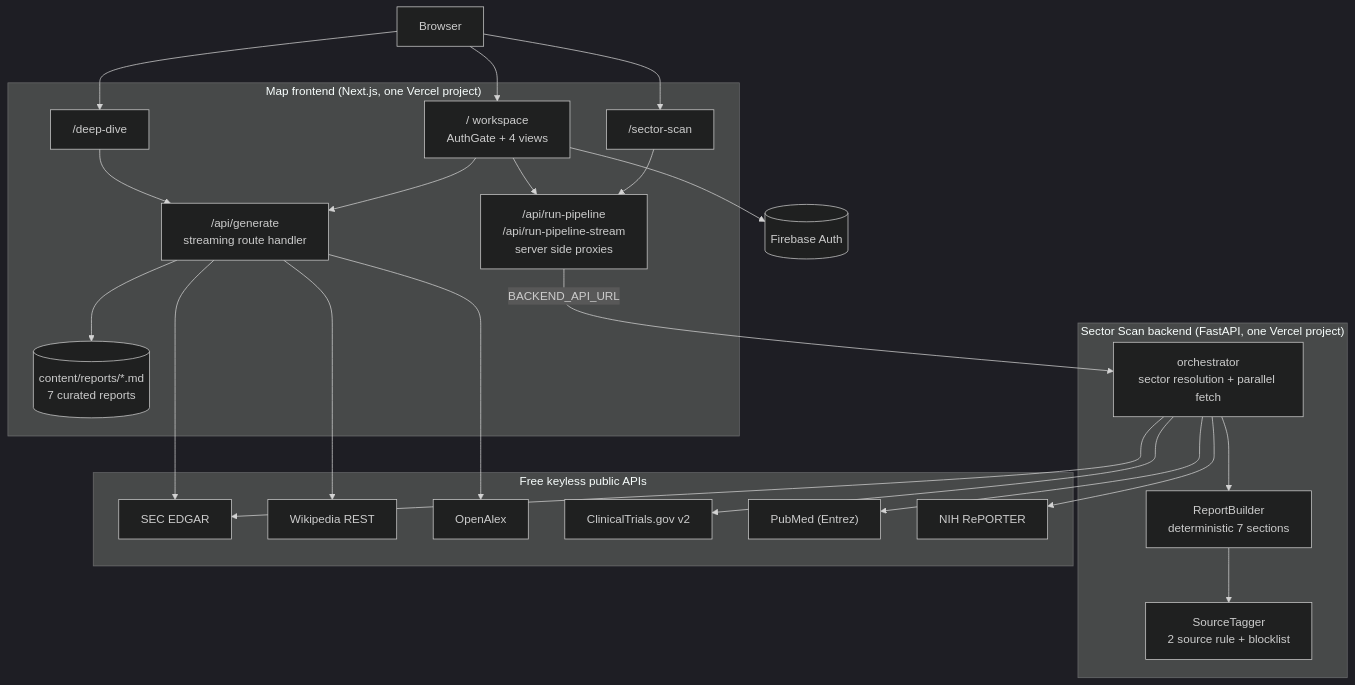
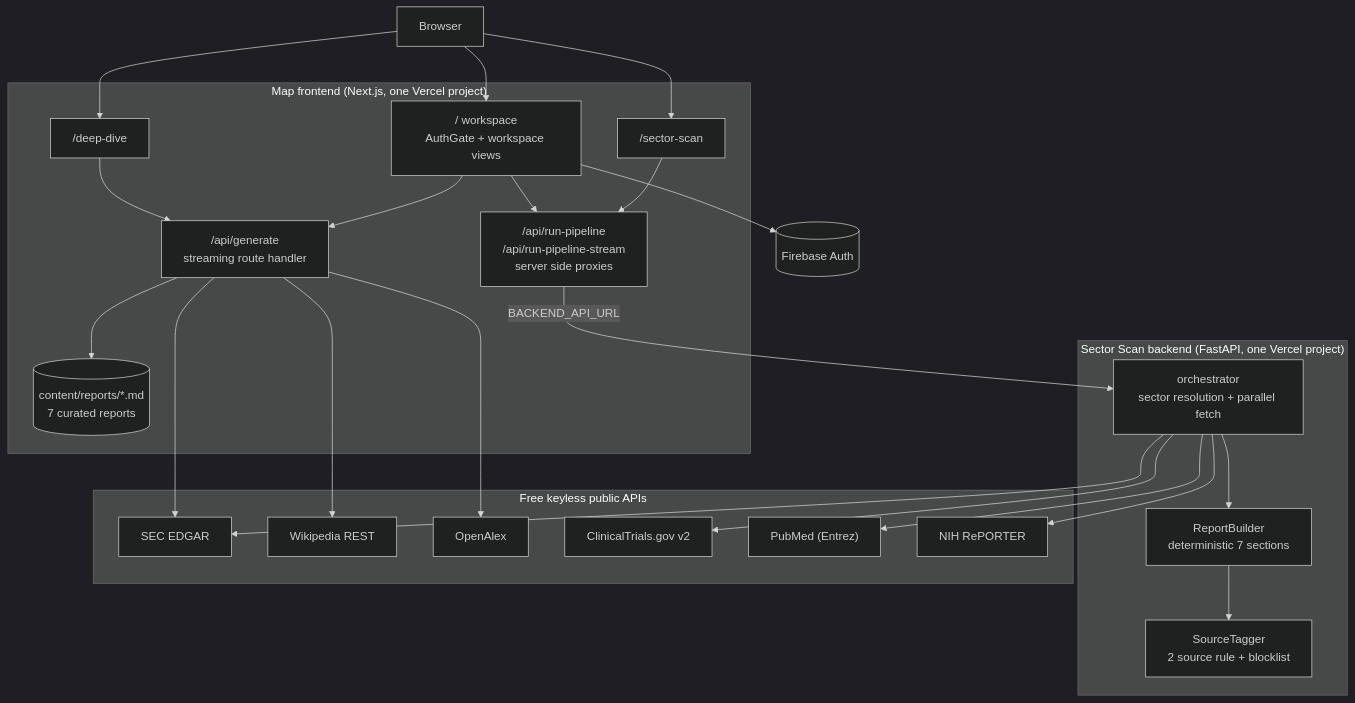
One commit to AidanColvin/map-elt-research-graph-3 changed the first of 6 diagrams in README.md. Above: the diagram before and after it, drawn with Mermaid (dark theme). The commit also changed other lines of this file, not shown here.

````diff
--- a/README.md
+++ b/README.md
@@ -68,37 +68,37 @@
 ```mermaid
 flowchart TB
     B[Browser]
     FB[(Firebase Auth)]
     subgraph FE["Map frontend (Next.js, one Vercel project)"]
-        W["/ workspace<br/>AuthGate + 4 views"]
+        W["/ workspace<br/>AuthGate + workspace views"]
         DD["/deep-dive"]
         SS["/sector-scan"]
         G["/api/generate<br/>streaming route handler"]
         MD[("content/reports/*.md<br/>7 curated reports")]
         PX["/api/run-pipeline<br/>/api/run-pipeline-stream<br/>server side proxies"]
     end
     subgraph BE["Sector Scan backend (FastAPI, one Vercel project)"]
         O["orchestrator<br/>sector resolution + parallel fetch"]
         RB["ReportBuilder<br/>deterministic 7 sections"]
         ST["SourceTagger<br/>2 source rule + blocklist"]
     end
     subgraph SRC["Free keyless public APIs"]
         SEC[SEC EDGAR]
         WIKI[Wikipedia REST]
         OA[OpenAlex]
         CT[ClinicalTrials.gov v2]
         PM["PubMed (Entrez)"]
         NIH[NIH RePORTER]
     end
 
     B --> W & DD & SS
     W --> FB
     DD --> G
     W --> G & PX
     SS --> PX
     G --> MD
     G --> SEC & WIKI & OA
     PX -- "BACKEND_API_URL" --> O
     O --> SEC & CT & PM & NIH
     O --> RB --> ST
 ```
````
